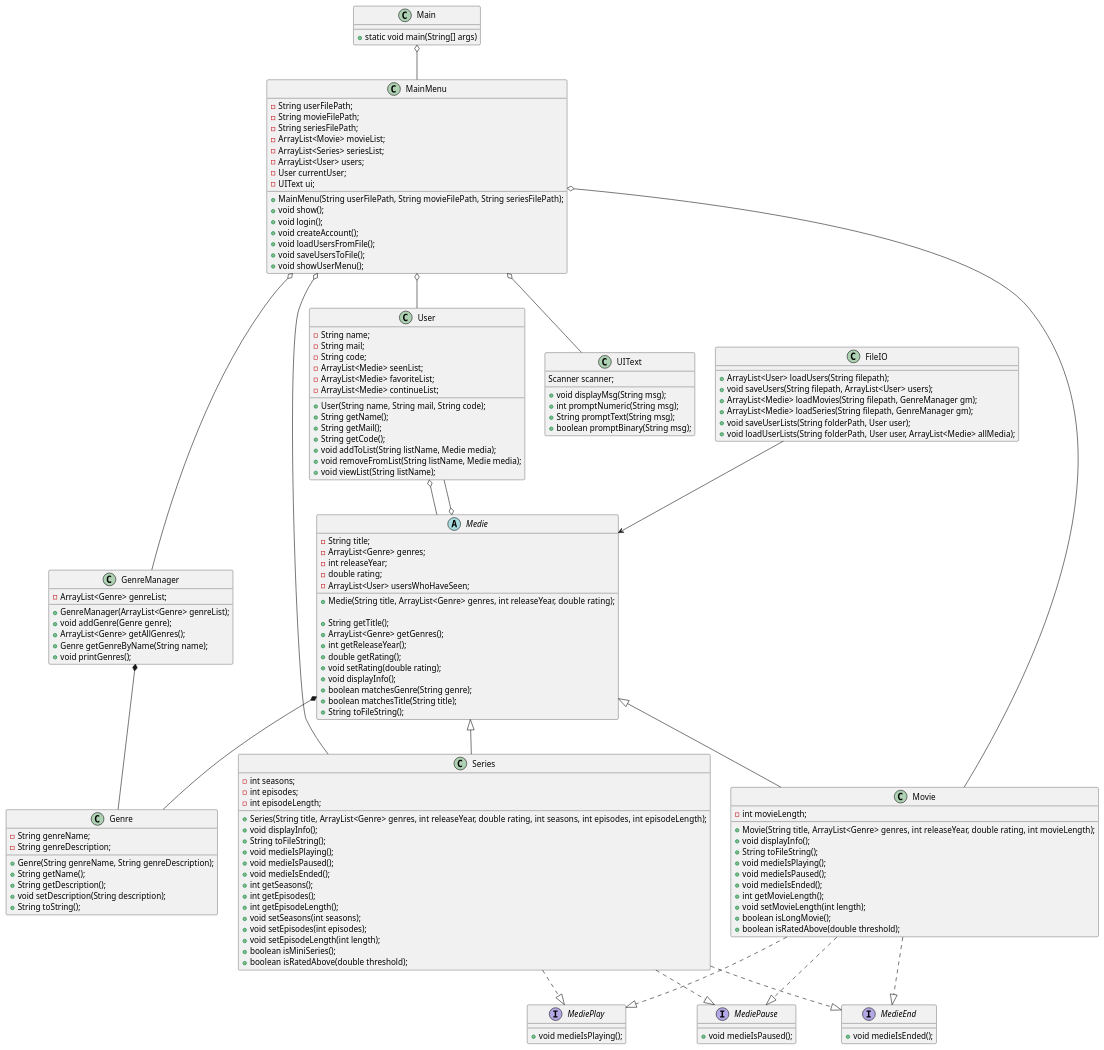
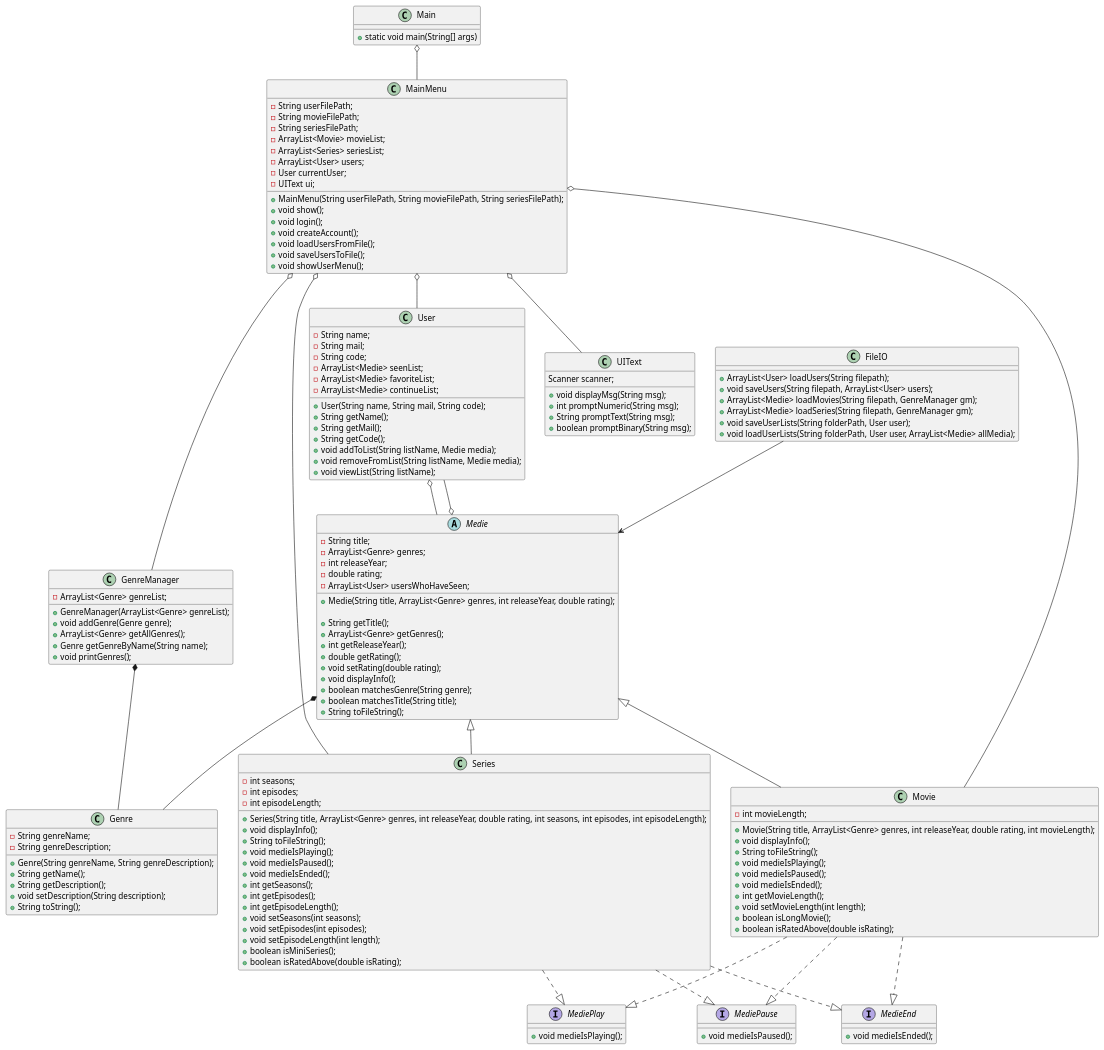
The diagram in doc/classdiagram_v1.puml (KhattabE/SP3), drawn with PlantUML before and after one commit. The commit also changed 1 other file, not shown here.

Commit message:
created Media sketch class and updated a bit in class diagram

```diff
--- a/doc/classdiagram_v1.puml
+++ b/doc/classdiagram_v1.puml
@@ -1,177 +1,177 @@
 @startuml
 'https://plantuml.com/class-diagram
 
 class Main{
     +static void main(String[] args)
 }
 
 
 
 class MainMenu {
     -String userFilePath;
     -String movieFilePath;
     -String seriesFilePath;
     + MainMenu(String userFilePath, String movieFilePath, String seriesFilePath);
     -ArrayList<Movie> movieList;
     -ArrayList<Series> seriesList;
     -ArrayList<User> users;
     -User currentUser;
     -UIText ui;
 
     +void show();
     +void login();
     +void createAccount();
     +void loadUsersFromFile();
     +void saveUsersToFile();
     +void showUserMenu();
 }
 
 class UIText {
         Scanner scanner;
         +void displayMsg(String msg);
         +int promptNumeric(String msg);
         +String promptText(String msg);
         +boolean promptBinary(String msg);
 }
 
 class FileIO {
     +ArrayList<User> loadUsers(String filepath);
     +void saveUsers(String filepath, ArrayList<User> users);
     +ArrayList<Medie> loadMovies(String filepath, GenreManager gm);
     +ArrayList<Medie> loadSeries(String filepath, GenreManager gm);
     +void saveUserLists(String folderPath, User user);
     +void loadUserLists(String folderPath, User user, ArrayList<Medie> allMedia);
 }
 
 interface MediePlay {
     +void medieIsPlaying();
 }
 
 interface MediePause {
     +void medieIsPaused();
 }
 
 interface MedieEnd {
     +void medieIsEnded();
 }
 
 abstract class Medie {
     -String title;
     -ArrayList<Genre> genres;
     -int releaseYear;
     -double rating;
     -ArrayList<User> usersWhoHaveSeen;
 
     +Medie(String title, ArrayList<Genre> genres, int releaseYear, double rating);
 
     +String getTitle();
     +ArrayList<Genre> getGenres();
     +int getReleaseYear();
     +double getRating();
     +void setRating(double rating);
     +void displayInfo();
     +boolean matchesGenre(String genre);
     +boolean matchesTitle(String title);
     +String toFileString();
 }
 class Movie {
     -int movieLength;
 
     +Movie(String title, ArrayList<Genre> genres, int releaseYear, double rating, int movieLength);
     +void displayInfo();
     +String toFileString();
     +void medieIsPlaying();
     +void medieIsPaused();
     +void medieIsEnded();
     +int getMovieLength();
     +void setMovieLength(int length);
     +boolean isLongMovie();
-    +boolean isRatedAbove(double threshold);
+    +boolean isRatedAbove(double isRating);
 }
 
 class Series {
     -int seasons;
     -int episodes;
     -int episodeLength;
     +Series(String title, ArrayList<Genre> genres, int releaseYear, double rating, int seasons, int episodes, int episodeLength);
     +void displayInfo();
     +String toFileString();
     +void medieIsPlaying();
     +void medieIsPaused();
     +void medieIsEnded();
     +int getSeasons();
     +int getEpisodes();
     +int getEpisodeLength();
     +void setSeasons(int seasons);
     +void setEpisodes(int episodes);
     +void setEpisodeLength(int length);
     +boolean isMiniSeries();
-    +boolean isRatedAbove(double threshold);
+    +boolean isRatedAbove(double isRating);
 }
 
 class User {
     -String name;
     -String mail;
     -String code;
     -ArrayList<Medie> seenList;
     -ArrayList<Medie> favoriteList;
     -ArrayList<Medie> continueList;
     +User(String name, String mail, String code);
     +String getName();
     +String getMail();
     +String getCode();
     +void addToList(String listName, Medie media);
     +void removeFromList(String listName, Medie media);
     +void viewList(String listName);
 }
 
 class Genre {
     -String genreName;
     -String genreDescription;
     +Genre(String genreName, String genreDescription);
     +String getName();
     +String getDescription();
     +void setDescription(String description);
     +String toString();
 }
 
 class GenreManager {
     -ArrayList<Genre> genreList;
     +GenreManager(ArrayList<Genre> genreList);
     +void addGenre(Genre genre);
     +ArrayList<Genre> getAllGenres();
     +Genre getGenreByName(String name);
     +void printGenres();
 }
 
 ' IS-A relationships
 Medie <|-- Movie
 Medie <|-- Series
 
 Movie ..|> MediePlay
 Movie ..|> MediePause
 Movie ..|> MedieEnd
 
 Series ..|> MediePlay
 Series ..|> MediePause
 Series ..|> MedieEnd
 
 ' HAS-A relationships
 MainMenu o-- User
 MainMenu o-- UIText
 MainMenu o-- Movie
 MainMenu o-- Series
 MainMenu o-- GenreManager
 
 User o-- Medie
 Medie *-- Genre
 Medie o-- User
 
 GenreManager *-- Genre
 
 FileIO --> Medie
 Main o-- MainMenu
 
 
 
 @enduml
```
